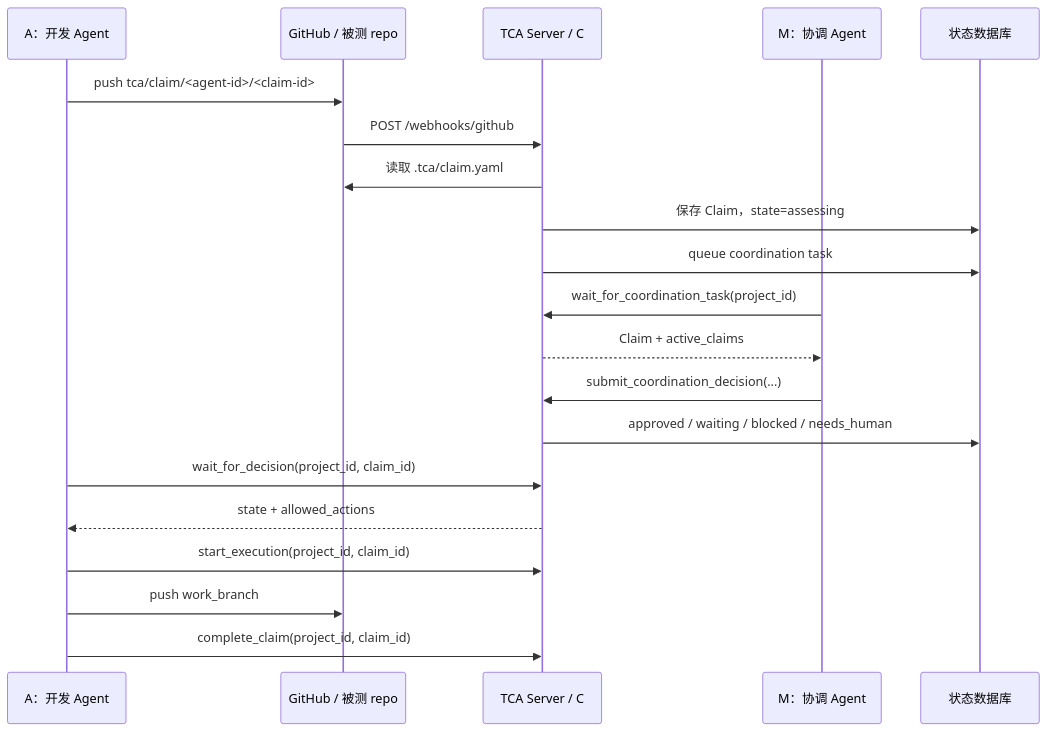
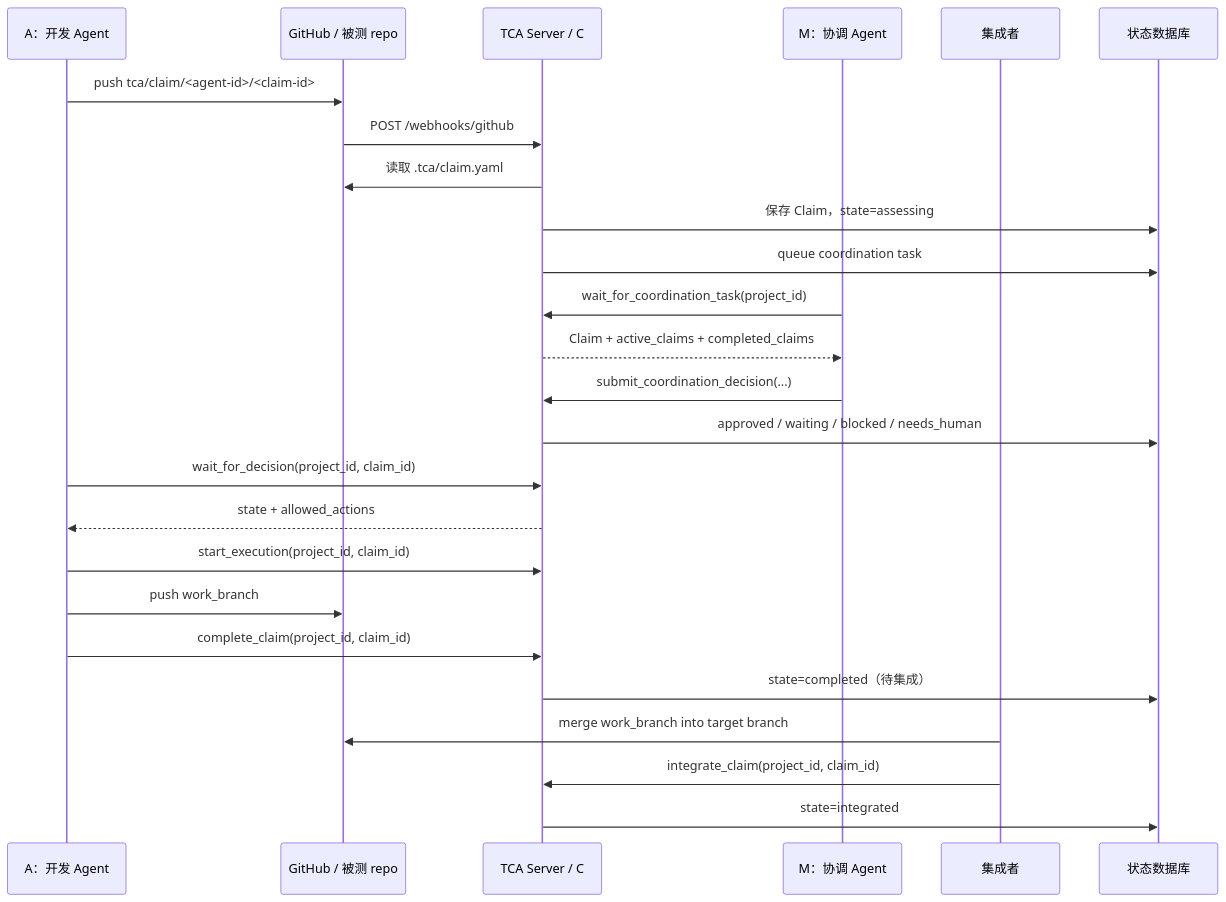
The second of 2 diagrams in docs/tca-guide.md (yigezong/tca), drawn with Mermaid before and after one commit. The commit also changed other lines of this file and 15 other files, not shown here.

Commit message:
Track completed claims until integration

````diff
--- a/docs/tca-guide.md
+++ b/docs/tca-guide.md
@@ -44,23 +45,28 @@
 ```mermaid
 sequenceDiagram
     participant A as A：开发 Agent
     participant Git as GitHub / 被测 repo
     participant C as TCA Server / C
     participant M as M：协调 Agent
+    participant I as 集成者
     participant DB as 状态数据库
 
     A->>Git: push tca/claim/<agent-id>/<claim-id>
     Git->>C: POST /webhooks/github
     C->>Git: 读取 .tca/claim.yaml
     C->>DB: 保存 Claim，state=assessing
     C->>DB: queue coordination task
     M->>C: wait_for_coordination_task(project_id)
-    C-->>M: Claim + active_claims
+    C-->>M: Claim + active_claims + completed_claims
     M->>C: submit_coordination_decision(...)
     C->>DB: approved / waiting / blocked / needs_human
     A->>C: wait_for_decision(project_id, claim_id)
     C-->>A: state + allowed_actions
     A->>C: start_execution(project_id, claim_id)
     A->>Git: push work_branch
     A->>C: complete_claim(project_id, claim_id)
+    C->>DB: state=completed（待集成）
+    I->>Git: merge work_branch into target branch
+    I->>C: integrate_claim(project_id, claim_id)
+    C->>DB: state=integrated
 ```
````
